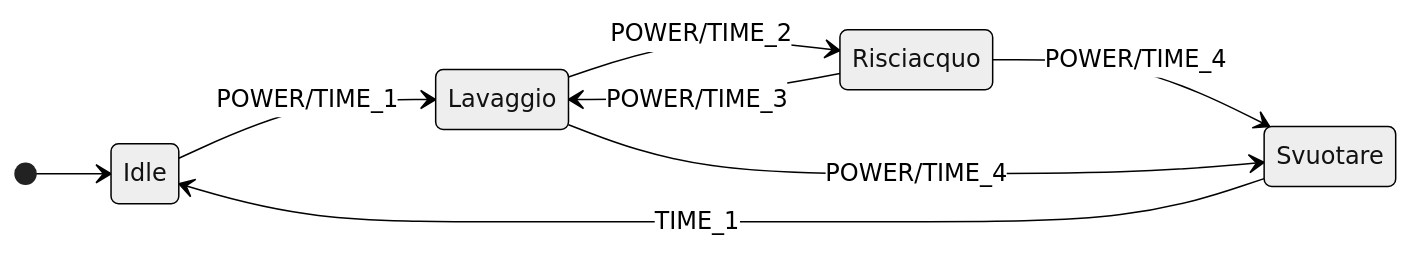
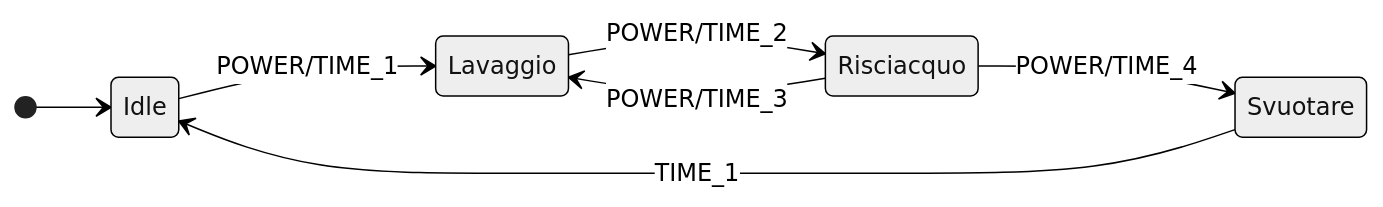
One commit to jumping2000/ha-packages changed the second of 2 diagrams in elettrodomestici_2023/lavatrice.md. Above: the diagram before and after it, drawn with Mermaid (neutral theme). The commit also changed other lines of this file, not shown here.

````diff
--- a/elettrodomestici_2023/lavatrice.md
+++ b/elettrodomestici_2023/lavatrice.md
@@ -477,11 +478,10 @@
 ```mermaid
 stateDiagram-v2
   direction LR
   [*] --> Idle
   Idle --> Lavaggio: POWER/TIME_1
   Lavaggio --> Risciacquo: POWER/TIME_2
   Risciacquo --> Lavaggio: POWER/TIME_3
   Risciacquo --> Svuotare: POWER/TIME_4
-  Lavaggio --> Svuotare: POWER/TIME_4
   Svuotare --> Idle: TIME_1
 ```
````
